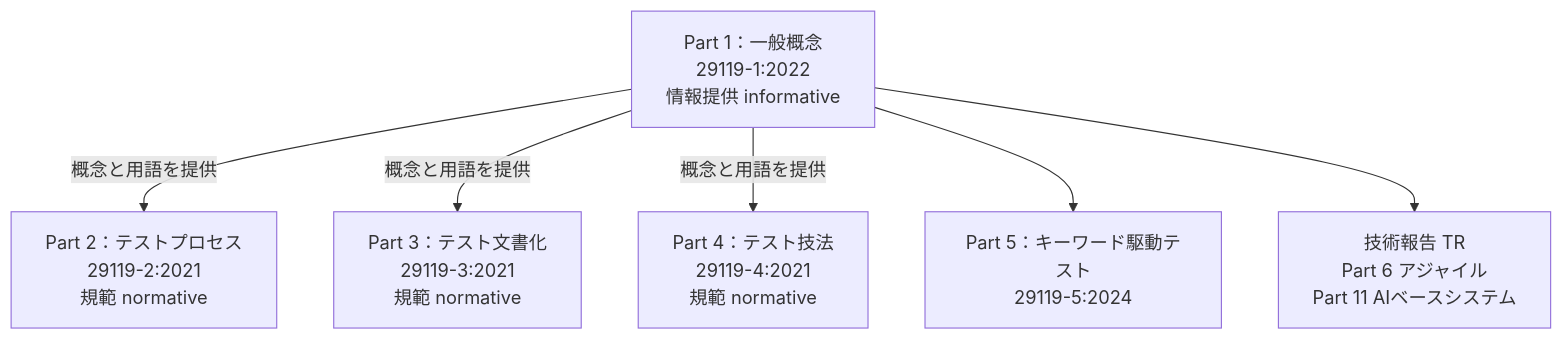
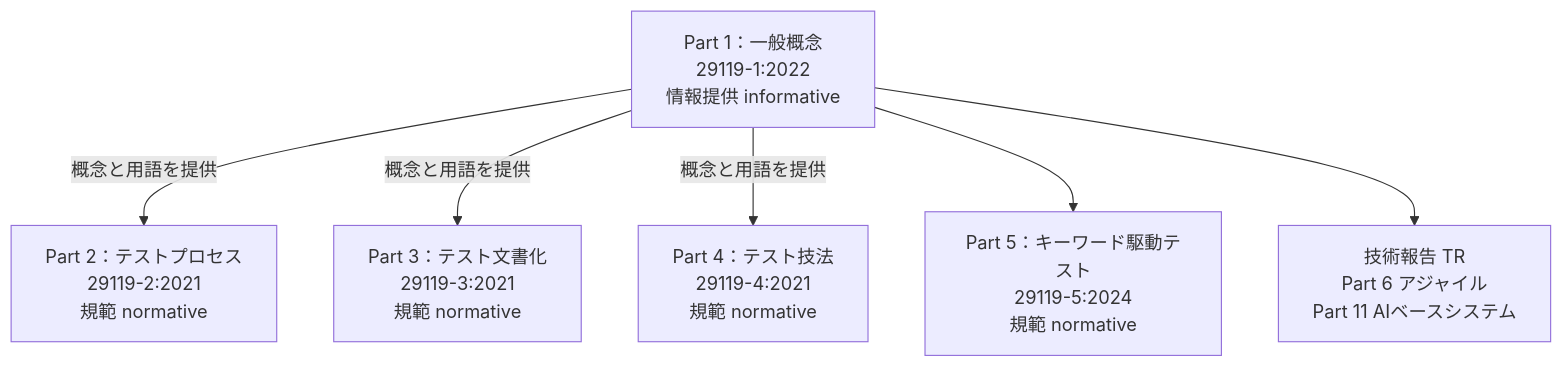
Before and after one commit to myoshi2891/Quality-Assurance-Studies: the second of 18 diagrams in Iso-29119-1-2022-guide.md, drawn with Mermaid. The commit also changed other lines of this file and 2 other files, not shown here.

````diff
--- a/Iso-29119-1-2022-guide.md
+++ b/Iso-29119-1-2022-guide.md
@@ -84,14 +84,14 @@
 ```mermaid
 flowchart TB
     S1["Part 1：一般概念<br/>29119-1:2022<br/>情報提供 informative"]
     S2["Part 2：テストプロセス<br/>29119-2:2021<br/>規範 normative"]
     S3["Part 3：テスト文書化<br/>29119-3:2021<br/>規範 normative"]
     S4["Part 4：テスト技法<br/>29119-4:2021<br/>規範 normative"]
-    S5["Part 5：キーワード駆動テスト<br/>29119-5:2024"]
+    S5["Part 5：キーワード駆動テスト<br/>29119-5:2024<br/>規範 normative"]
     S6["技術報告 TR<br/>Part 6 アジャイル<br/>Part 11 AIベースシステム"]
     S1 -->|"概念と用語を提供"| S2
     S1 -->|"概念と用語を提供"| S3
     S1 -->|"概念と用語を提供"| S4
     S1 --> S5
     S1 --> S6
 ```
````
